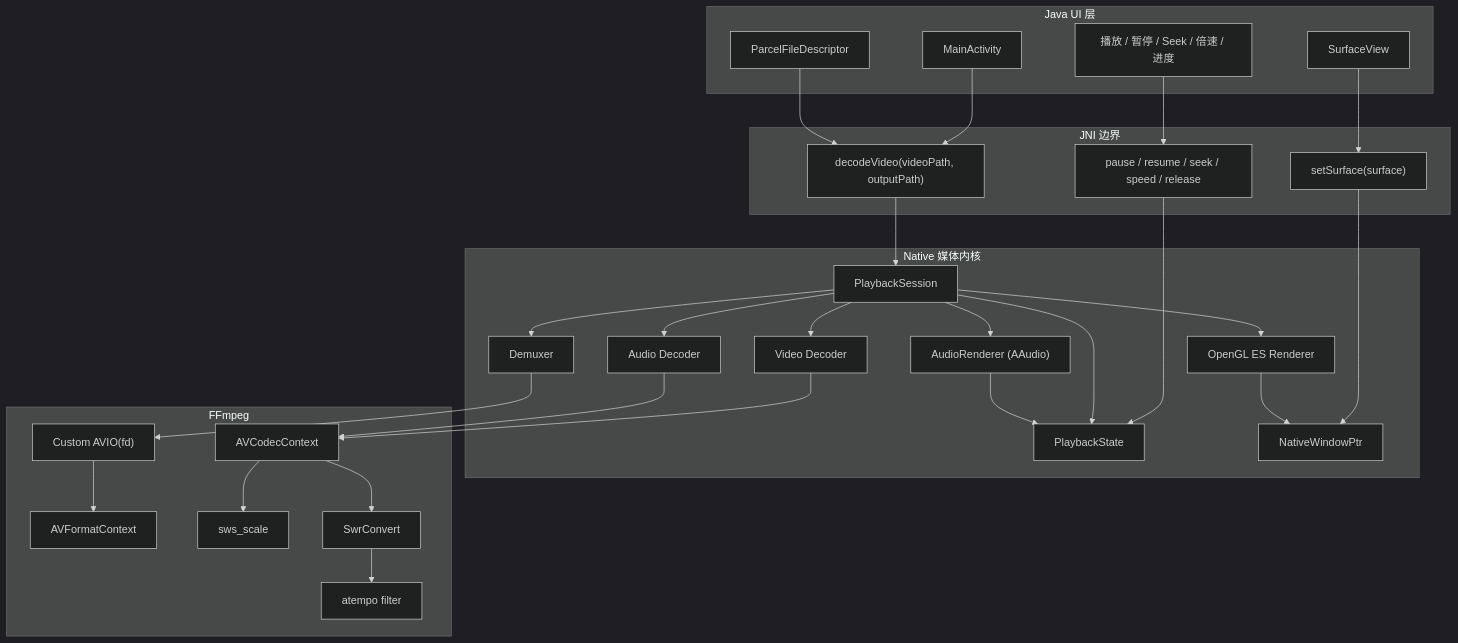
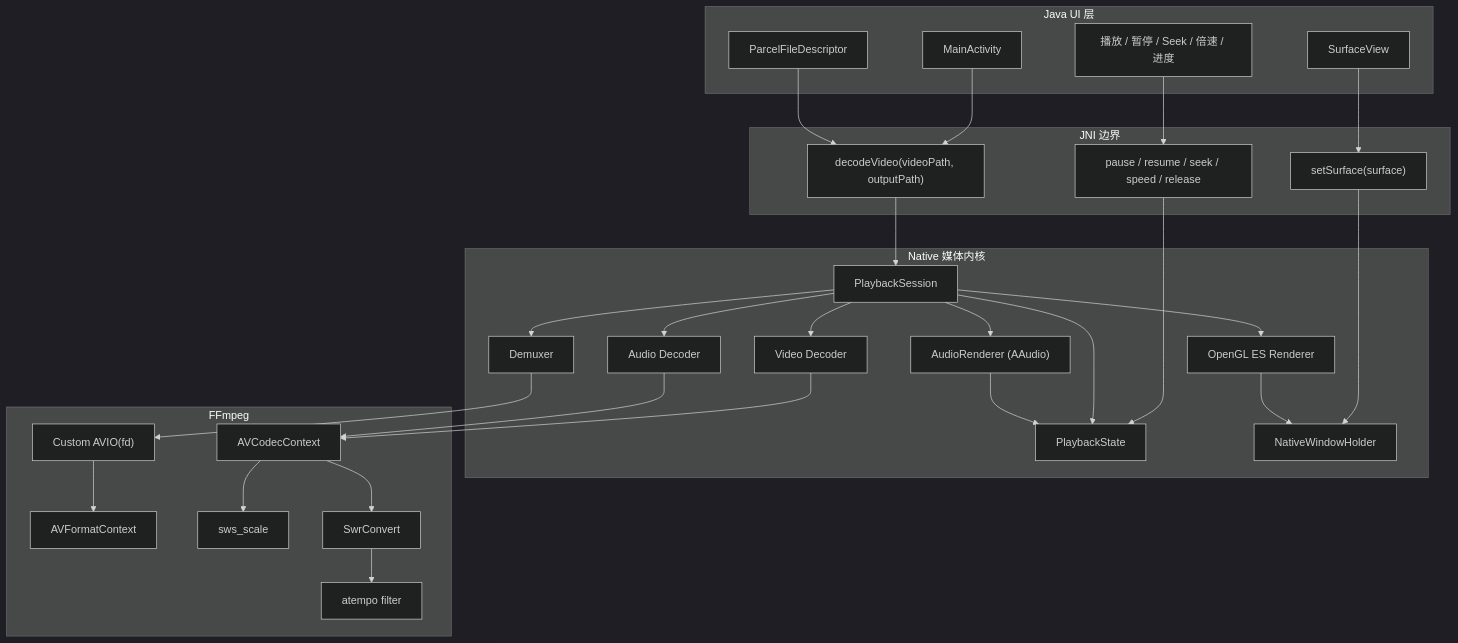
The first of 5 diagrams in README.md (Skyline7190/VideoDecoder), drawn with Mermaid (dark theme) before and after one commit. The commit also changed other lines of this file and 4 other files, not shown here.

Commit message:
Extract native window holder

````diff
--- a/README.md
+++ b/README.md
@@ -20,57 +20,57 @@
 ```mermaid
 flowchart TB
     subgraph Java["Java UI 层"]
         Activity["MainActivity"]
         SurfaceView["SurfaceView"]
         Controls["播放 / 暂停 / Seek / 倍速 / 进度"]
         PFD["ParcelFileDescriptor"]
     end
 
     subgraph JNI["JNI 边界"]
         DecodeApi["decodeVideo(videoPath, outputPath)"]
         SurfaceApi["setSurface(surface)"]
         ControlApi["pause / resume / seek / speed / release"]
     end
 
     subgraph Native["Native 媒体内核"]
         Session["PlaybackSession"]
         State["PlaybackState"]
-        Window["NativeWindowPtr"]
+        Window["NativeWindowHolder"]
         Demuxer["Demuxer"]
         VideoDecoder["Video Decoder"]
         AudioDecoder["Audio Decoder"]
         Renderer["OpenGL ES Renderer"]
         AudioRenderer["AudioRenderer (AAudio)"]
     end
 
     subgraph FFmpeg["FFmpeg"]
         Avio["Custom AVIO(fd)"]
         Format["AVFormatContext"]
         Codec["AVCodecContext"]
         Sws["sws_scale"]
         Swr["SwrConvert"]
         Atempo["atempo filter"]
     end
 
     Activity --> DecodeApi
     SurfaceView --> SurfaceApi
     Controls --> ControlApi
     PFD --> DecodeApi
 
     DecodeApi --> Session
     SurfaceApi --> Window
     ControlApi --> State
 
     Session --> State
     Session --> Demuxer
     Session --> VideoDecoder
     Session --> AudioDecoder
     Session --> Renderer
     Session --> AudioRenderer
 
     Demuxer --> Avio --> Format
     VideoDecoder --> Codec --> Sws
     AudioDecoder --> Codec --> Swr --> Atempo
     Renderer --> Window
     AudioRenderer --> State
 ```
````
